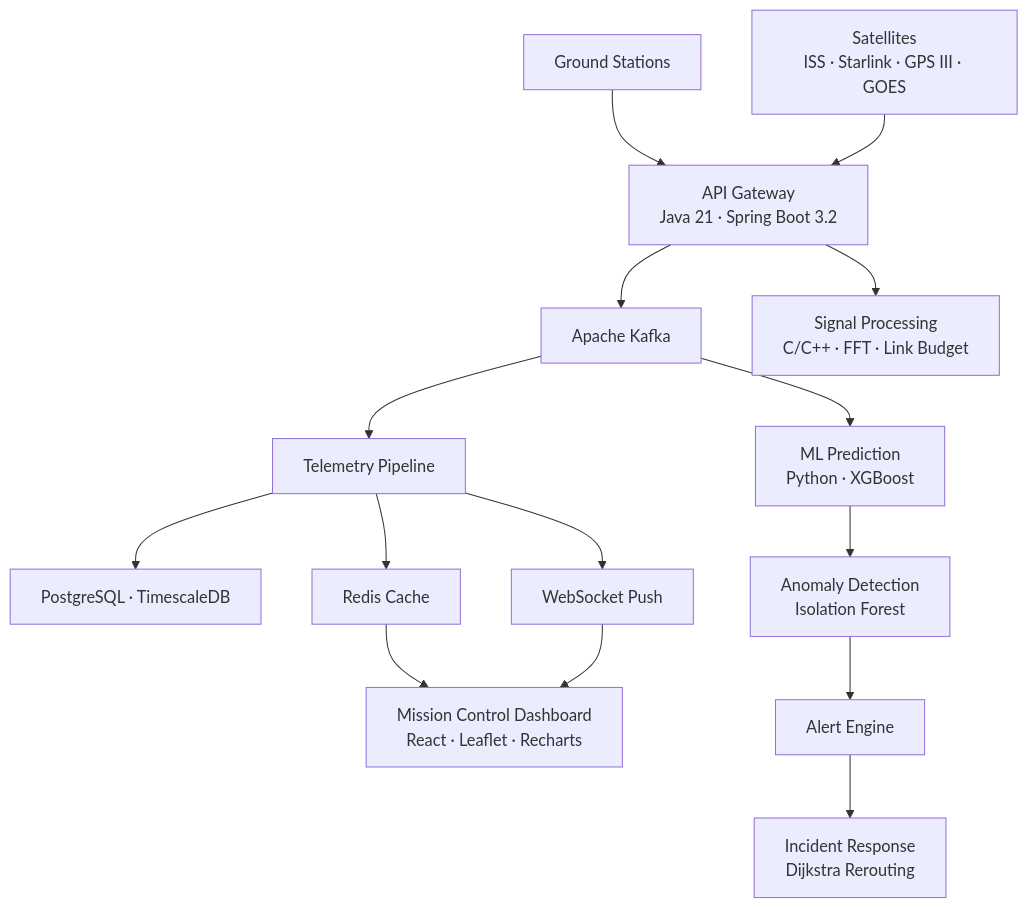
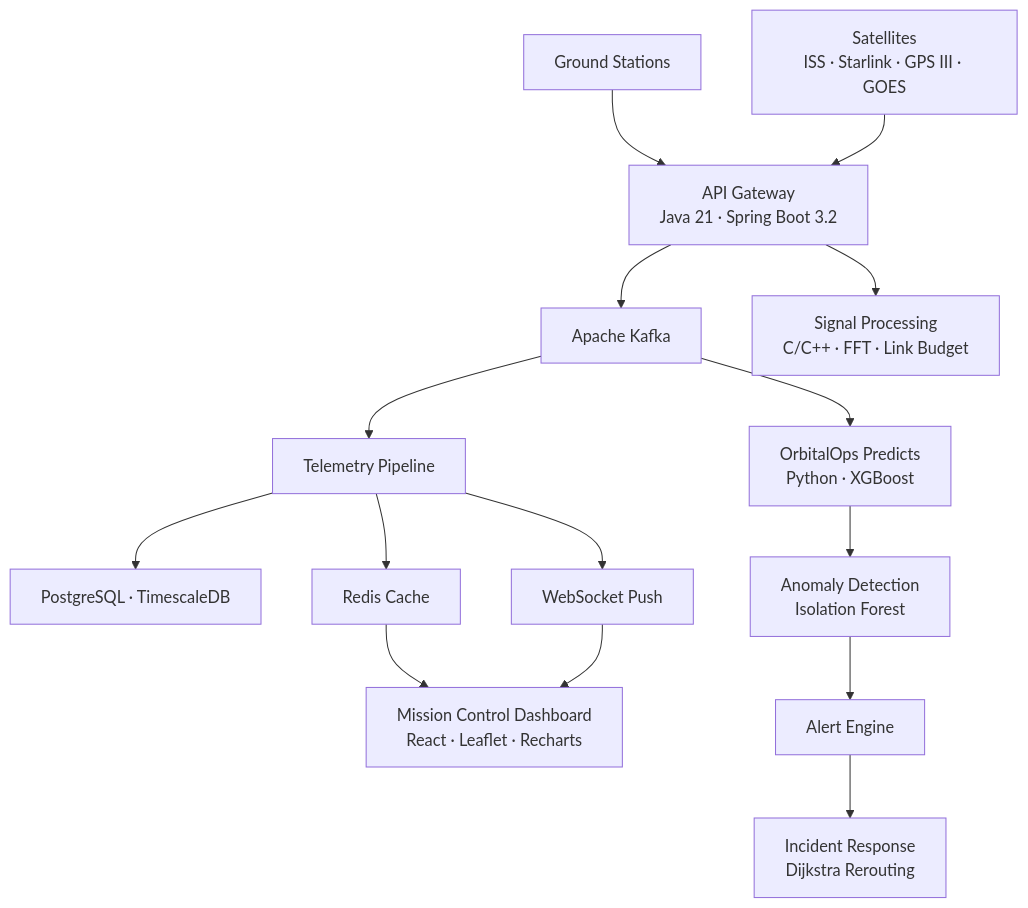
The diagram in README.md (aryanputta/orbitlink), drawn with Mermaid before and after one commit. The commit also changed other lines of this file and 4 other files, not shown here.

First line of the commit message:
feat: OrbitalOps rebrand, live ISS tracking, problem statement

````diff
--- a/README.md
+++ b/README.md
@@ -11,17 +23,17 @@
 ```mermaid
 graph TD
     GS["Ground Stations"] --> API["API Gateway<br/>Java 21 · Spring Boot 3.2"]
     SAT["Satellites<br/>ISS · Starlink · GPS III · GOES"] --> API
     API --> K["Apache Kafka"]
     K --> TP["Telemetry Pipeline"]
     TP --> PG["PostgreSQL · TimescaleDB"]
     TP --> R["Redis Cache"]
     TP --> WS["WebSocket Push"]
-    K --> ML["ML Prediction<br/>Python · XGBoost"]
-    ML --> AD["Anomaly Detection<br/>Isolation Forest"]
+    K --> OP["OrbitalOps Predicts<br/>Python · XGBoost"]
+    OP --> AD["Anomaly Detection<br/>Isolation Forest"]
     AD --> AE["Alert Engine"]
     AE --> IR["Incident Response<br/>Dijkstra Rerouting"]
     API --> SP["Signal Processing<br/>C/C++ · FFT · Link Budget"]
     WS --> UI["Mission Control Dashboard<br/>React · Leaflet · Recharts"]
     R --> UI
 ```
````
